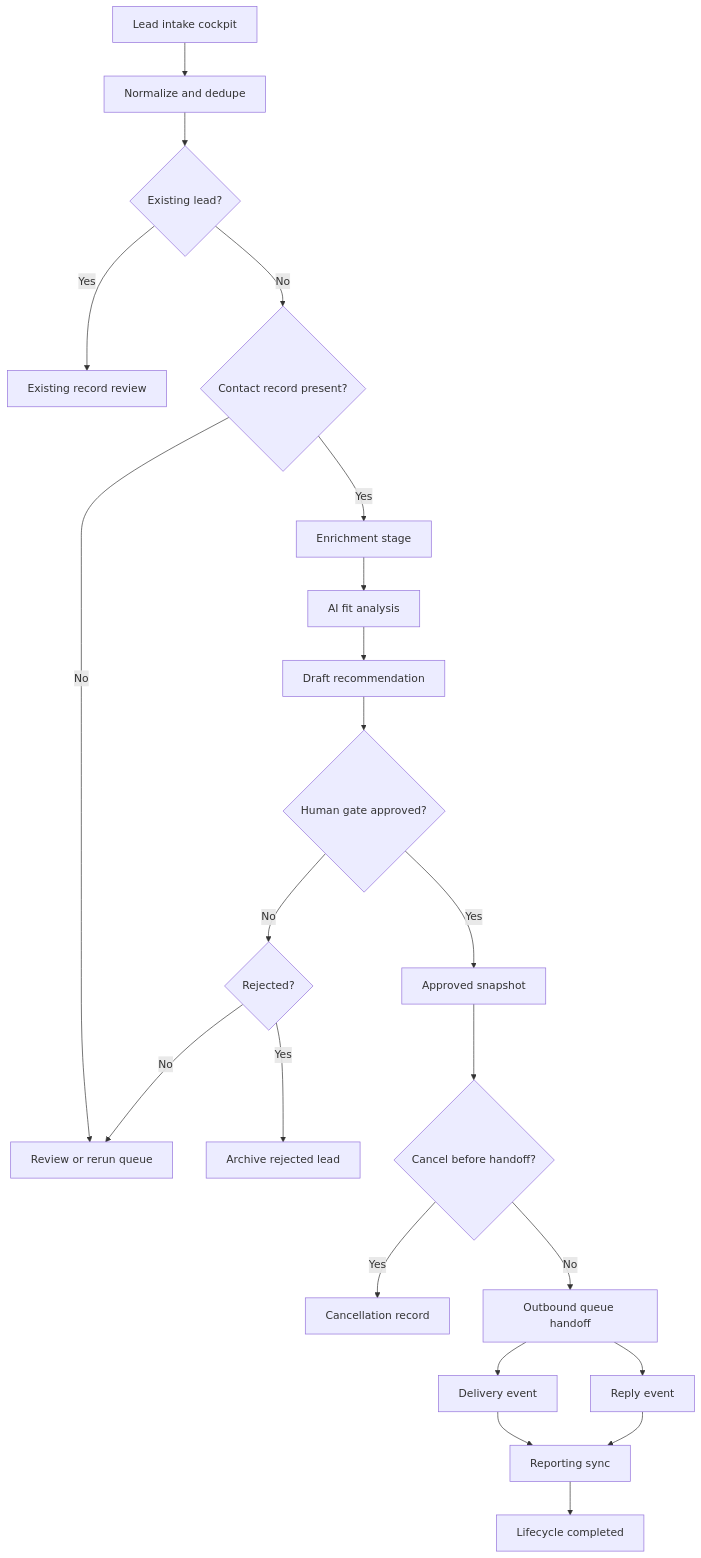
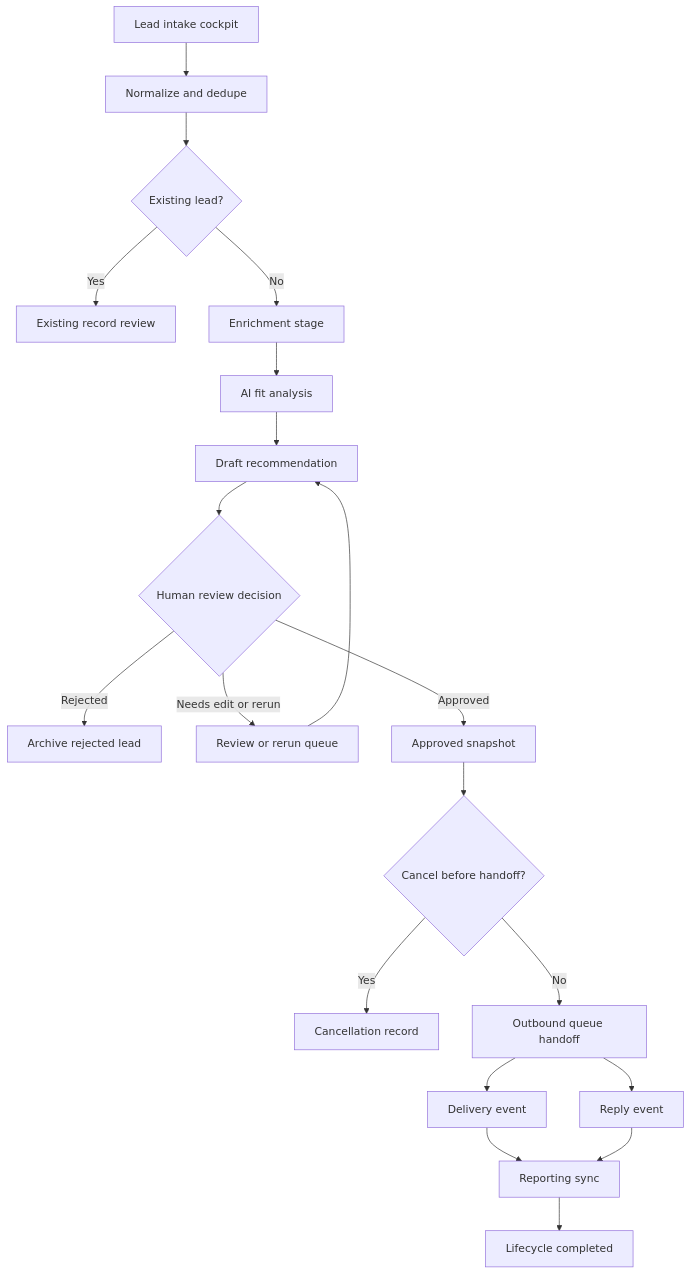
One commit to kingdomledger/AI_Growth_Systems_Design_Patterns changed the diagram in 02-lead-enrichment-outreach-system/README.md. Above: the diagram before and after it, drawn with Mermaid. The commit also changed other lines of this file and 2 other files, not shown here.

Commit message:
Replace contact gate with review loop

````diff
--- a/02-lead-enrichment-outreach-system/README.md
+++ b/02-lead-enrichment-outreach-system/README.md
@@ -13,24 +13,22 @@
 ```mermaid
 flowchart TD
   A[Lead intake cockpit] --> B[Normalize and dedupe]
   B --> C{Existing lead?}
   C -- Yes --> D[Existing record review]
-  C -- No --> E{Contact record present?}
-  E -- No --> F[Review or rerun queue]
-  E -- Yes --> G[Enrichment stage]
-  G --> H[AI fit analysis]
-  H --> I[Draft recommendation]
-  I --> J{Human gate approved?}
-  J -- No --> K{Rejected?}
-  K -- Yes --> L[Archive rejected lead]
-  K -- No --> F
-  J -- Yes --> M[Approved snapshot]
-  M --> N{Cancel before handoff?}
-  N -- Yes --> O[Cancellation record]
-  N -- No --> P[Outbound queue handoff]
+  C -- No --> E[Enrichment stage]
+  E --> F[AI fit analysis]
+  F --> G[Draft recommendation]
+  G --> H{Human review decision}
+  H -- Rejected --> I[Archive rejected lead]
+  H -- Needs edit or rerun --> J[Review or rerun queue]
+  J --> G
+  H -- Approved --> K[Approved snapshot]
+  K --> L{Cancel before handoff?}
+  L -- Yes --> M[Cancellation record]
+  L -- No --> P[Outbound queue handoff]
   P --> Q[Delivery event]
   P --> R[Reply event]
   Q --> S[Reporting sync]
   R --> S
   S --> T[Lifecycle completed]
 ```
````
